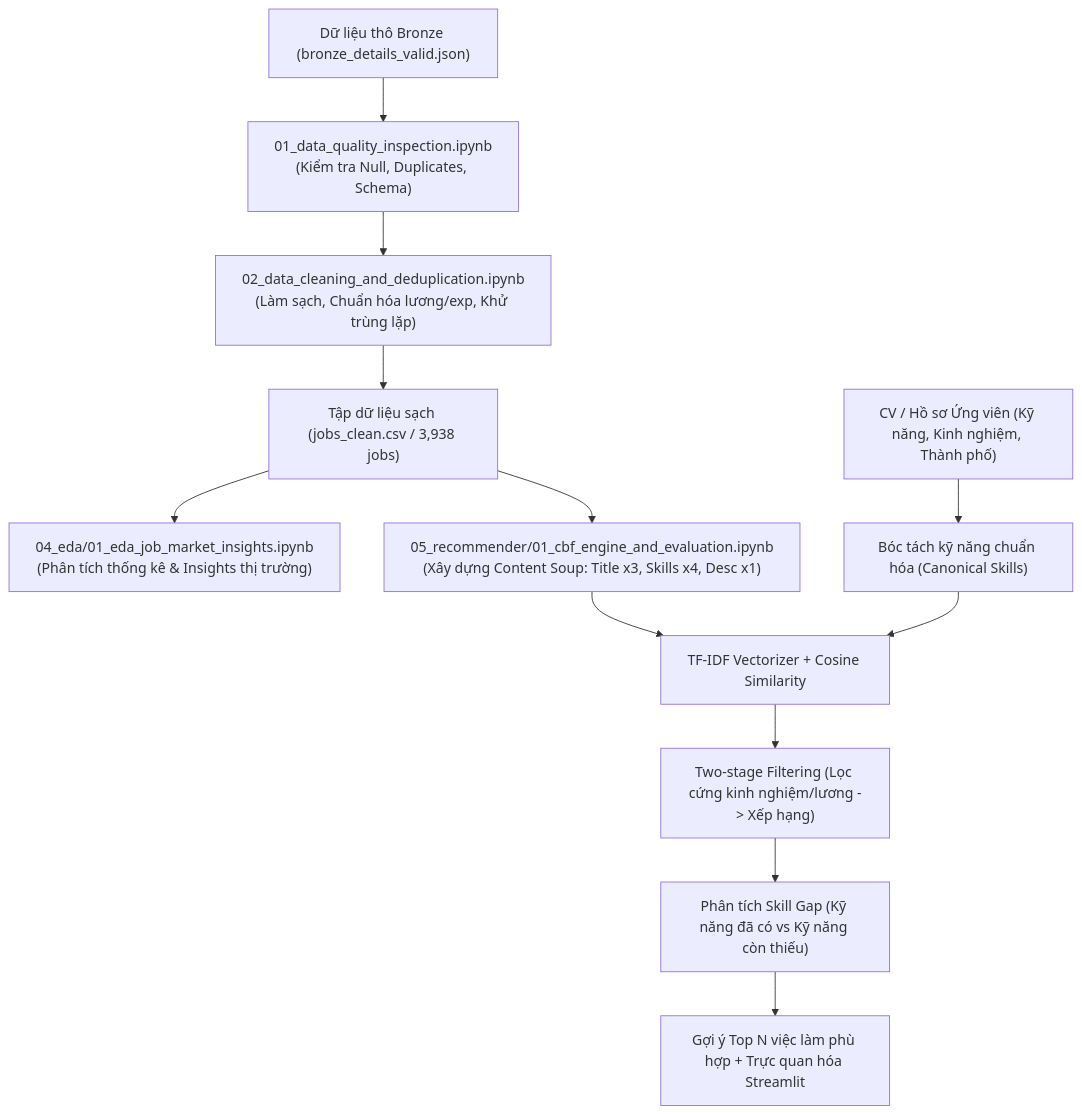
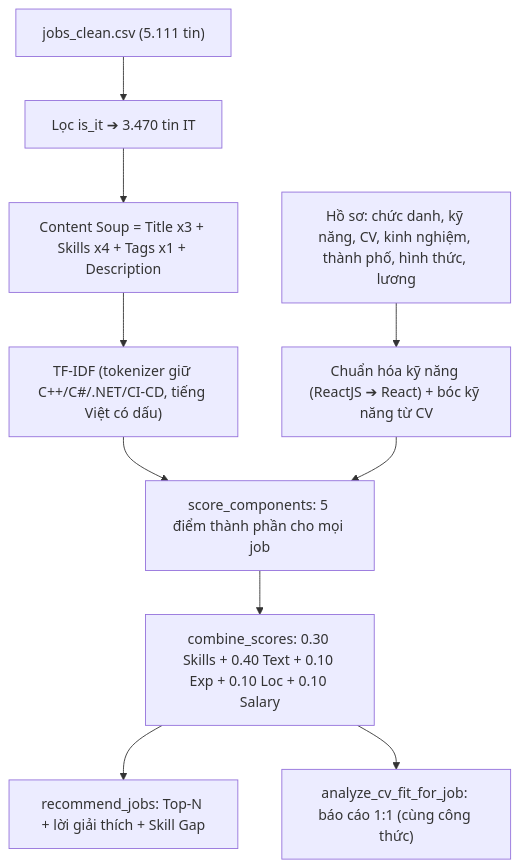
The diagram in notebook/README.md (doanquangminh14/IT-Job-Market-Intelligence), drawn with Mermaid before and after one commit. The commit also changed other lines of this file and 2 other files, not shown here.

````diff
--- a/notebook/README.md
+++ b/notebook/README.md
@@ -44,13 +57,12 @@
 ```mermaid
 flowchart TD
-    A["Dữ liệu thô Bronze (bronze_details_valid.json)"] --> B["01_data_quality_inspection.ipynb\n(Kiểm tra Null, Duplicates, Schema)"]
-    B --> C["02_data_cleaning_and_deduplication.ipynb\n(Làm sạch, Chuẩn hóa lương/exp, Khử trùng lặp)"]
-    C --> D["Tập dữ liệu sạch (jobs_clean.csv / 3,938 jobs)"]
-    D --> E["04_eda/01_eda_job_market_insights.ipynb\n(Phân tích thống kê & Insights thị trường)"]
-    D --> F["05_recommender/01_cbf_engine_and_evaluation.ipynb\n(Xây dựng Content Soup: Title x3, Skills x4, Desc x1)"]
-    G["CV / Hồ sơ Ứng viên (Kỹ năng, Kinh nghiệm, Thành phố)"] --> H["Bóc tách kỹ năng chuẩn hóa (Canonical Skills)"]
-    F & H --> I["TF-IDF Vectorizer + Cosine Similarity"]
-    I --> J["Two-stage Filtering (Lọc cứng kinh nghiệm/lương -> Xếp hạng)"]
-    J --> K["Phân tích Skill Gap (Kỹ năng đã có vs Kỹ năng còn thiếu)"]
-    K --> L["Gợi ý Top N việc làm phù hợp + Trực quan hóa Streamlit"]
+    A["jobs_clean.csv (5.111 tin)"] --> B["Lọc is_it ➔ 3.470 tin IT"]
+    B --> C["Content Soup = Title x3 + Skills x4 + Tags x1 + Description"]
+    C --> D["TF-IDF (tokenizer giữ C++/C#/.NET/CI-CD, tiếng Việt có dấu)"]
+    H["Hồ sơ: chức danh, kỹ năng, CV, kinh nghiệm, thành phố, hình thức, lương"] --> I["Chuẩn hóa kỹ năng (ReactJS ➔ React) + bóc kỹ năng từ CV"]
+    D --> J["score_components: 5 điểm thành phần cho mọi job"]
+    I --> J
+    J --> K["combine_scores: 0.30 Skills + 0.40 Text + 0.10 Exp + 0.10 Loc + 0.10 Salary"]
+    K --> L["recommend_jobs: Top-N + lời giải thích + Skill Gap"]
+    K --> M["analyze_cv_fit_for_job: báo cáo 1:1 (cùng công thức)"]
 ```
````
